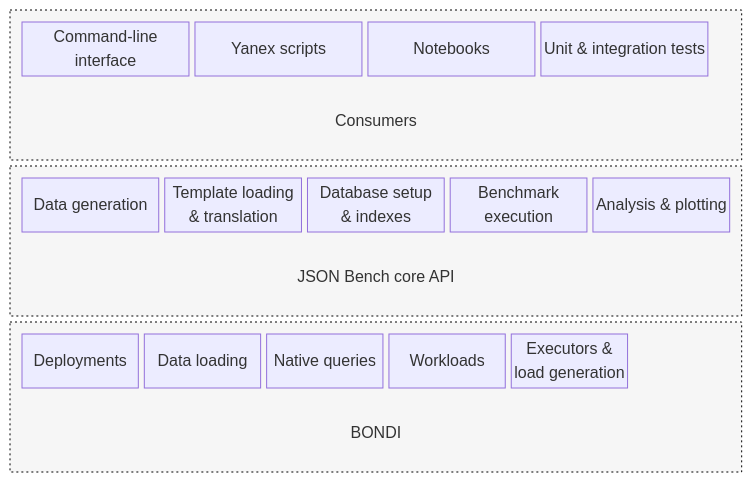
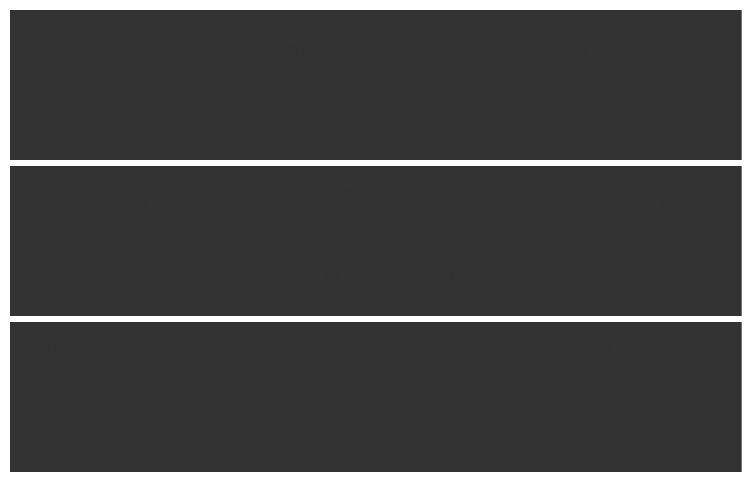
Before and after one commit to relaxed-constraints/bondi-json-bench: the diagram in docs/development/architecture.md, drawn with Mermaid. The commit also changed 2 other files, not shown here.

Commit message:
Adapt architecture diagram colors to light and dark themes

````diff
--- a/docs/development/architecture.md
+++ b/docs/development/architecture.md
@@ -13,51 +13,53 @@
 ```mermaid
 ---
 config:
   block:
     padding: 6
 ---
 block
   columns 1
   block:consumers
     columns 1
     block:consumerComponents
       CLI["Command-line<br/>interface"]
       Yanex["Yanex scripts"]
       Notebooks["Notebooks"]
       Tests["Unit & integration tests"]
     end
     consumersLabel["Consumers"]
   end
   block:JSONBench
     columns 1
     block:jsonBenchComponents
       columns auto
       JD["Data generation"]
       JT["Template loading<br/>& translation"]
       JP["Database setup<br/>& indexes"]
       JE["Benchmark<br/>execution"]
       JA["Analysis & plotting"]
     end
     jsonBenchLabel["JSON Bench core API"]
   end
   block:BONDI
     columns 1
     block:bondiComponents
-      BDp["Deployments"]
+      BDp["Database<br/>Deployments"]
       BDa["Data loading"]
       BQ["Native queries"]
       BW["Workloads"]
       BL["Executors &<br/>load generation"]
     end
     bondiLabel["BONDI"]
   end
-  style consumers fill:#f6f6f6,stroke:#000,stroke-width:1px,stroke-dasharray:2 3
+  classDef component fill:var(--jb-node-bg),stroke:var(--jb-node-border),color:var(--jb-diagram-text)
+  class CLI,Yanex,Notebooks,Tests,JD,JT,JP,JE,JA,BDp,BDa,BQ,BW,BL component
+  style consumers fill:var(--jb-frame-bg),stroke:var(--jb-frame-border),stroke-width:1px,stroke-dasharray:2 3
   style consumerComponents fill:transparent,stroke:none
-  style consumersLabel fill:transparent,stroke:none,font-weight:bold
-  style JSONBench fill:#f6f6f6,stroke:#000,stroke-width:1px,stroke-dasharray:2 3
-  style BONDI fill:#f6f6f6,stroke:#000,stroke-width:1px,stroke-dasharray:2 3
+  style consumersLabel fill:transparent,stroke:none,color:var(--jb-diagram-text),font-weight:bold
+  style JSONBench fill:var(--jb-frame-bg),stroke:var(--jb-frame-border),stroke-width:1px,stroke-dasharray:2 3
+  style BONDI fill:var(--jb-frame-bg),stroke:var(--jb-frame-border),stroke-width:1px,stroke-dasharray:2 3
   style jsonBenchComponents fill:transparent,stroke:none
   style bondiComponents fill:transparent,stroke:none
-  style jsonBenchLabel fill:transparent,stroke:none,font-weight:bold
-  style bondiLabel fill:transparent,stroke:none,font-weight:bold
+  style jsonBenchLabel fill:transparent,stroke:none,color:var(--jb-diagram-text),font-weight:bold
+  style bondiLabel fill:transparent,stroke:none,color:var(--jb-diagram-text),font-weight:bold
 ```
````
